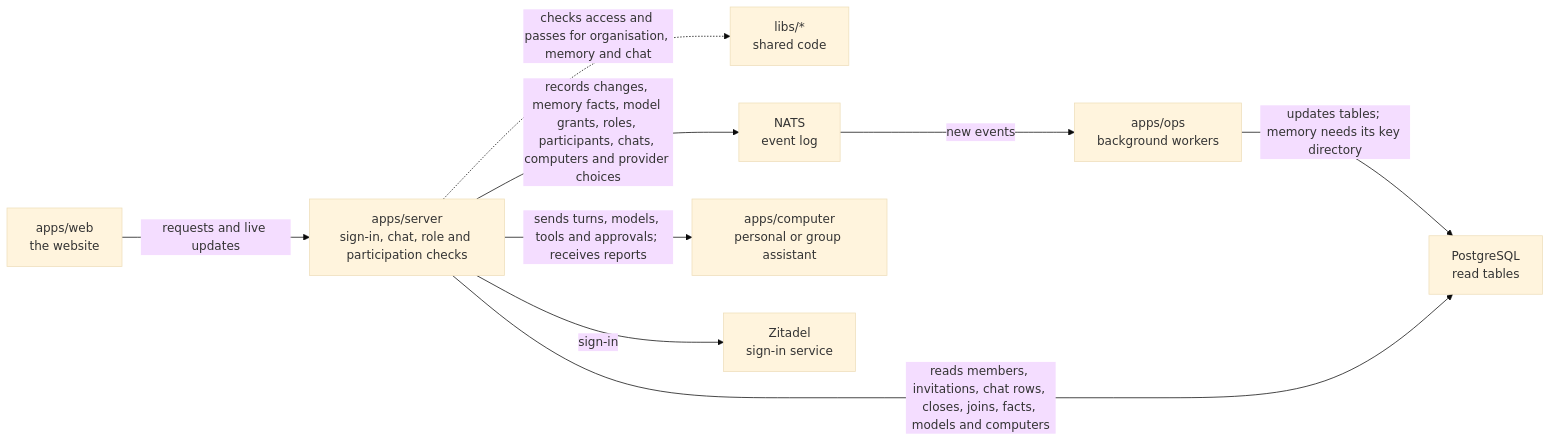
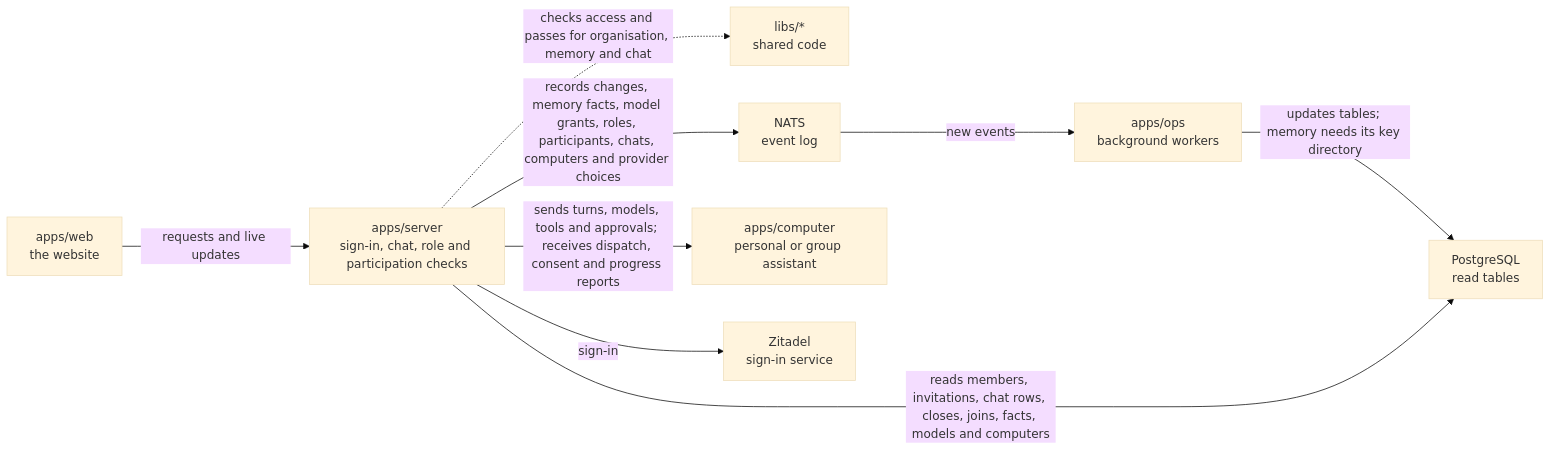
One commit to elewa-git/opencrane-new changed the diagram in apps/server/README.md. Above: the diagram before and after it, drawn with Mermaid (base theme). The commit also changed other lines of this file and 37 other files, not shown here.

````diff
--- a/apps/server/README.md
+++ b/apps/server/README.md
@@ -11,11 +11,11 @@
 ```mermaid
 flowchart LR
   web["apps/web<br/>the website"] -->|requests and live updates| server["apps/server<br/>sign-in, chat, role and participation checks"]
   server -.->|checks access and passes for organisation, memory and chat| libs["libs/*<br/>shared code"]
   server -->|records changes, memory facts, model grants, roles, participants, chats, computers and provider choices| nats["NATS<br/>event log"]
   nats -->|new events| ops["apps/ops<br/>background workers"]
   ops -->|updates tables; memory needs its key directory| postgres["PostgreSQL<br/>read tables"]
   server -->|reads members, invitations, chat rows, closes, joins, facts, models and computers| postgres
-  server -->|sends turns, models, tools and approvals; receives reports| computer["apps/computer<br/>personal or group assistant"]
+  server -->|sends turns, models, tools and approvals; receives dispatch, consent and progress reports| computer["apps/computer<br/>personal or group assistant"]
   server -->|sign-in| zitadel["Zitadel<br/>sign-in service"]
 ```
````
